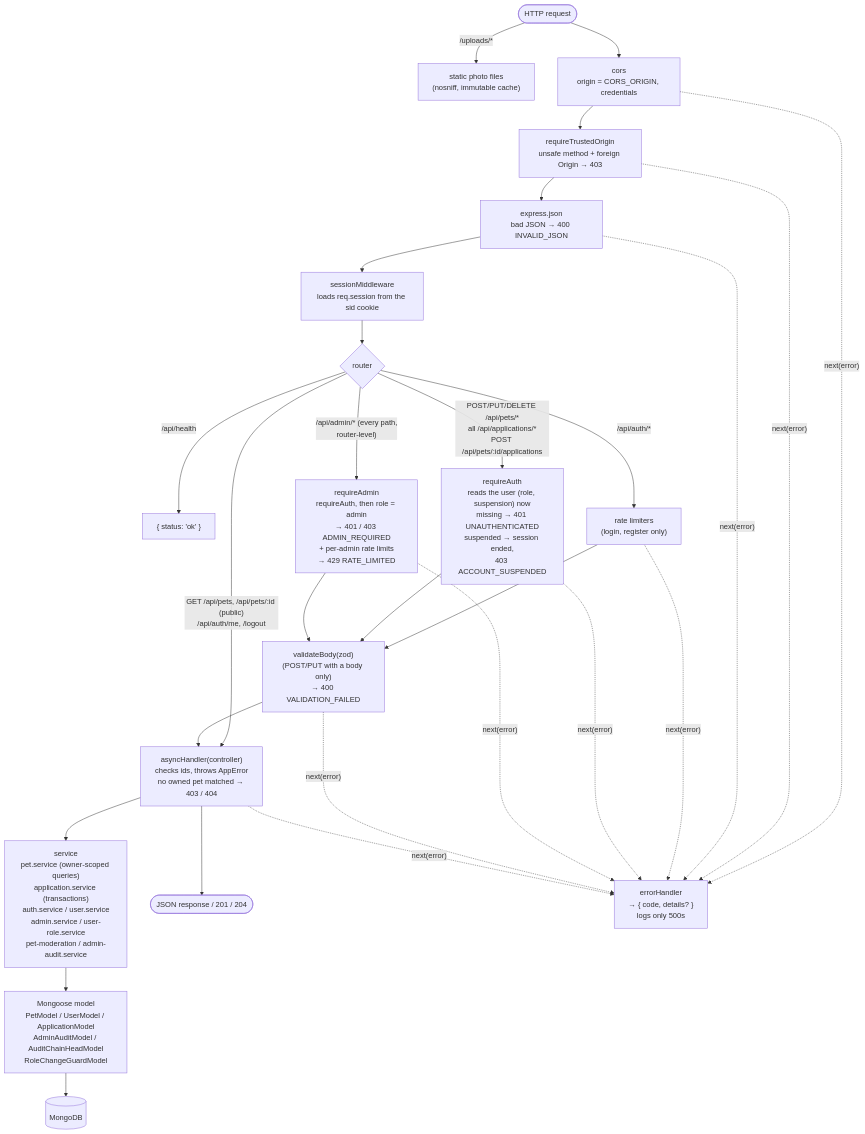
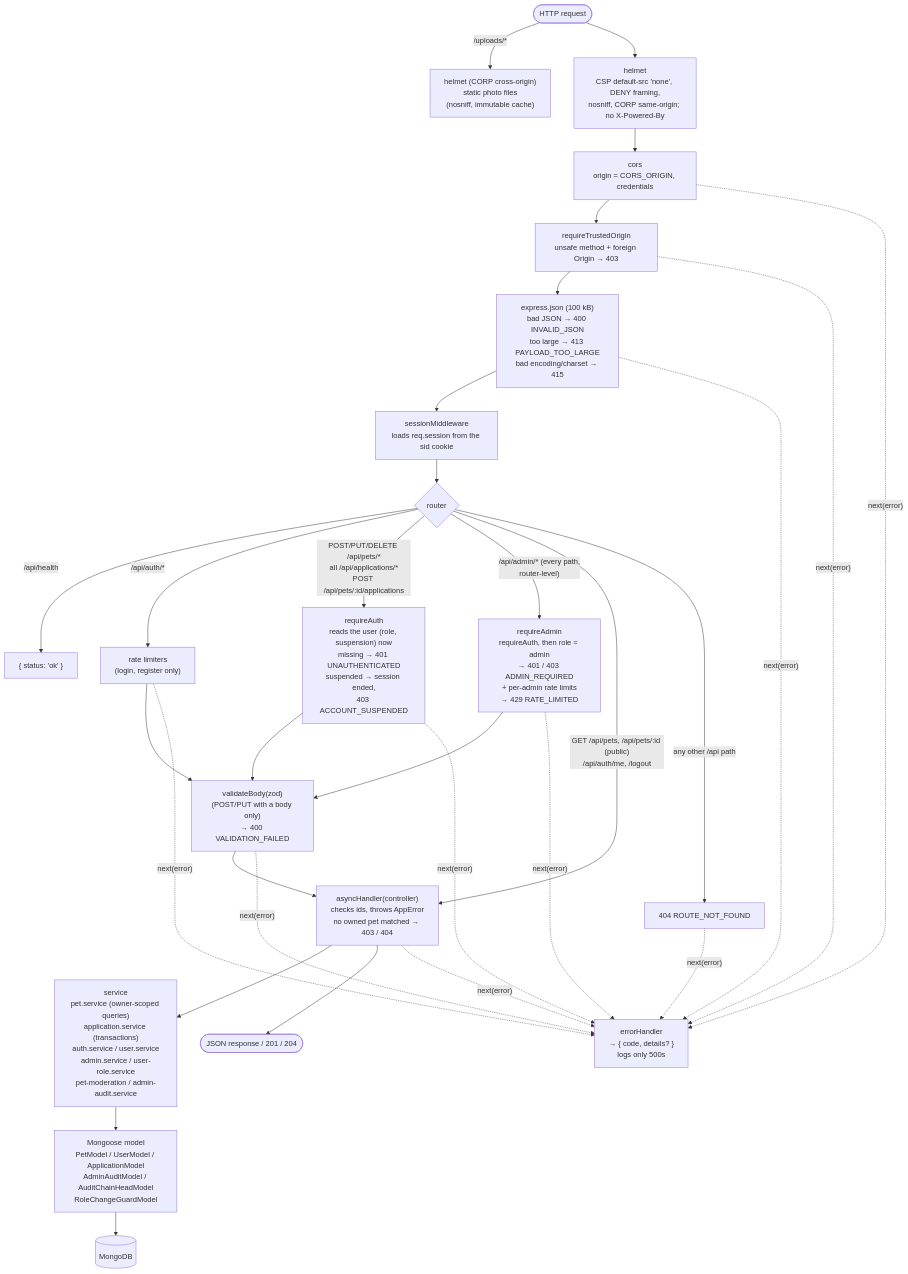
The third of 14 diagrams in docs/architecture.md (BojanSovtic/pet-adoption-system), drawn with Mermaid before and after one commit. The commit also changed 14 other files, not shown here.

First line of the commit message:
fix: patch vulnerable dependencies and harden API errors and headers

````diff
--- a/docs/architecture.md
+++ b/docs/architecture.md
@@ -101,26 +101,28 @@
 ```mermaid
 flowchart TB
-  req(["HTTP request"]) -- "/uploads/*" --> files["static photo files<br/>(nosniff, immutable cache)"]
-  req --> cors["cors<br/>origin = CORS_ORIGIN, credentials"]
+  req(["HTTP request"]) -- "/uploads/*" --> files["helmet (CORP cross-origin)<br/>static photo files<br/>(nosniff, immutable cache)"]
+  req --> headers["helmet<br/>CSP default-src 'none', DENY framing,<br/>nosniff, CORP same-origin; no X-Powered-By"]
+  headers --> cors["cors<br/>origin = CORS_ORIGIN, credentials"]
   cors --> origin["requireTrustedOrigin<br/>unsafe method + foreign Origin → 403"]
-  origin --> json["express.json<br/>bad JSON → 400 INVALID_JSON"]
+  origin --> json["express.json (100 kB)<br/>bad JSON → 400 INVALID_JSON<br/>too large → 413 PAYLOAD_TOO_LARGE<br/>bad encoding/charset → 415"]
   json --> session["sessionMiddleware<br/>loads req.session from the sid cookie"]
   session --> router{"router"}
 
   router -- "/api/health" --> health["{ status: 'ok' }"]
   router -- "/api/auth/*" --> rate["rate limiters<br/>(login, register only)"]
   router -- "POST/PUT/DELETE /api/pets/*<br/>all /api/applications/*<br/>POST /api/pets/:id/applications" --> auth["requireAuth<br/>reads the user (role, suspension) now<br/>missing → 401 UNAUTHENTICATED<br/>suspended → session ended,<br/>403 ACCOUNT_SUSPENDED"]
   router -- "/api/admin/* (every path,<br/>router-level)" --> admin["requireAdmin<br/>requireAuth, then role = admin<br/>→ 401 / 403 ADMIN_REQUIRED<br/>+ per-admin rate limits<br/>→ 429 RATE_LIMITED"]
   router -- "GET /api/pets, /api/pets/:id (public)<br/>/api/auth/me, /logout" --> controller
+  router -- "any other /api path" --> notfound["404 ROUTE_NOT_FOUND"]
 
   rate --> validate["validateBody(zod)<br/>(POST/PUT with a body only)<br/>→ 400 VALIDATION_FAILED"]
   auth --> validate
   admin --> validate
   validate --> controller["asyncHandler(controller)<br/>checks ids, throws AppError<br/>no owned pet matched → 403 / 404"]
   controller --> service["service<br/>pet.service (owner-scoped queries)<br/>application.service (transactions)<br/>auth.service / user.service<br/>admin.service / user-role.service<br/>pet-moderation / admin-audit.service"]
   service --> model["Mongoose model<br/>PetModel / UserModel / ApplicationModel<br/>AdminAuditModel / AuditChainHeadModel<br/>RoleChangeGuardModel"]
   model --> db[("MongoDB")]
   controller --> ok(["JSON response / 201 / 204"])
 
-  cors & origin & json & rate & auth & admin & validate & controller -. "next(error)" .-> handler["errorHandler<br/>→ { code, details? }<br/>logs only 500s"]
+  cors & origin & json & rate & auth & admin & validate & controller & notfound -. "next(error)" .-> handler["errorHandler<br/>→ { code, details? }<br/>logs only 500s"]
 ```
````
